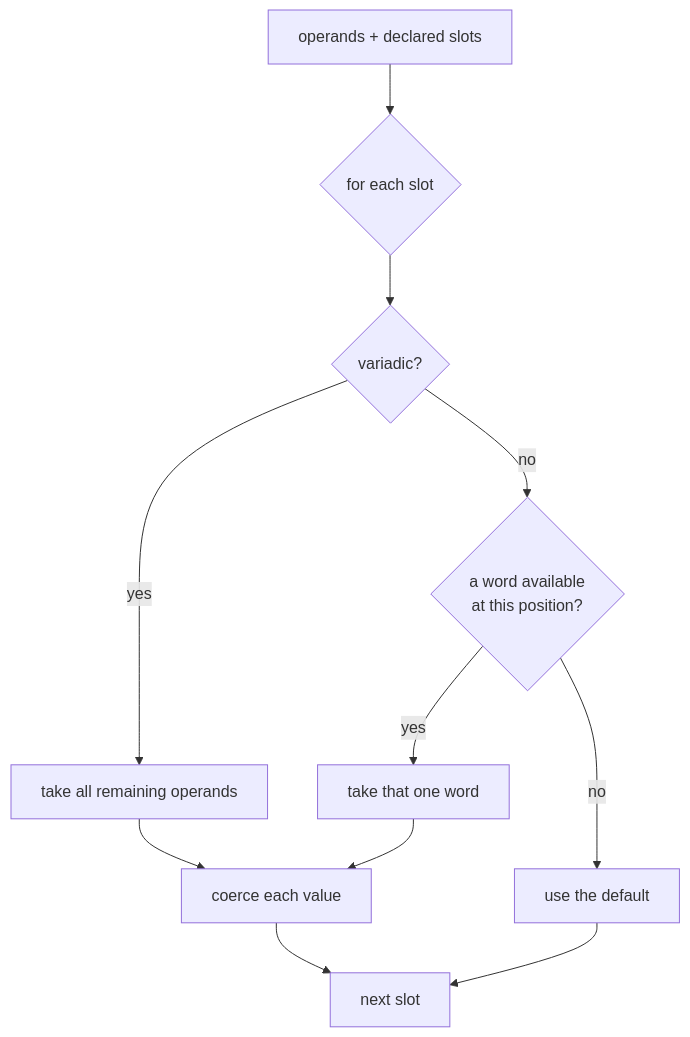
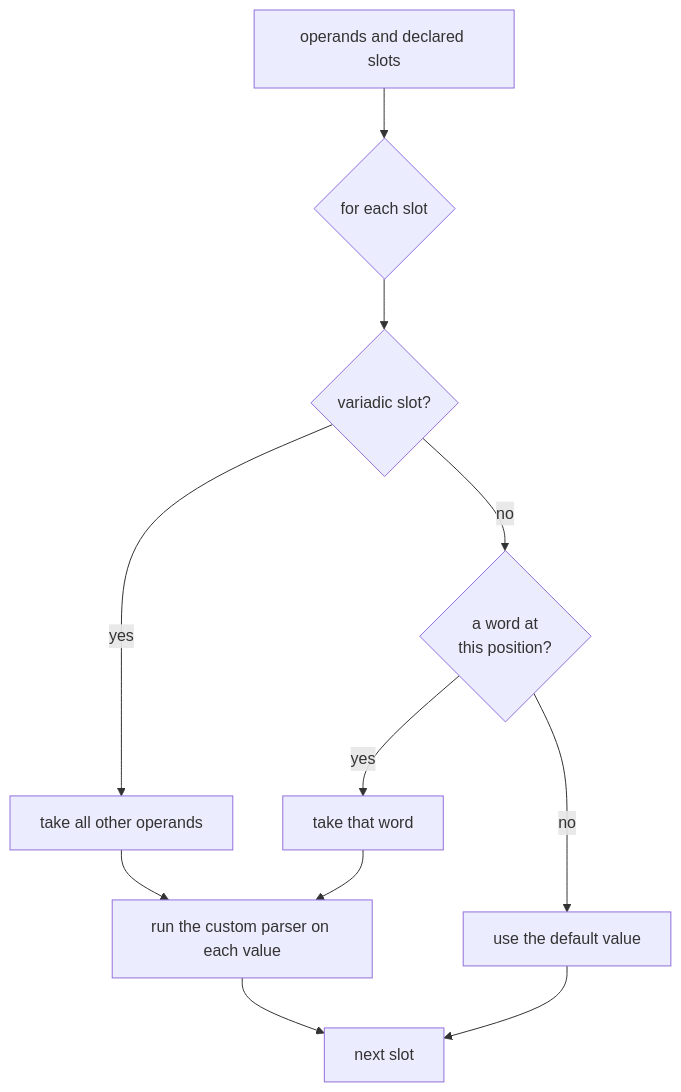
Before and after one commit to KeunwooPark/cluedoc: the third of 4 diagrams in docs/examples/commander/.cluedoc/positional-arguments/README.md, drawn with Mermaid. The commit also changed other lines of this file and 22 other files, not shown here.

````diff
--- a/docs/examples/commander/.cluedoc/positional-arguments/README.md
+++ b/docs/examples/commander/.cluedoc/positional-arguments/README.md
@@ -52,13 +58,13 @@
 ```mermaid
 flowchart TD
-    START["operands + declared slots"] --> LOOP{"for each slot"}
-    LOOP --> ISV{"variadic?"}
-    ISV -- yes --> REST["take all remaining operands"]
-    ISV -- no --> ONE{"a word available<br/>at this position?"}
-    ONE -- yes --> TAKE["take that one word"]
-    ONE -- no --> DEF["use the default"]
-    REST --> COERCE["coerce each value"]
-    TAKE --> COERCE
+    START["operands and declared slots"] --> LOOP{"for each slot"}
+    LOOP --> ISV{"variadic slot?"}
+    ISV -- yes --> REST["take all other operands"]
+    ISV -- no --> ONE{"a word at<br/>this position?"}
+    ONE -- yes --> TAKE["take that word"]
+    ONE -- no --> DEF["use the default value"]
+    REST --> PARSE["run the custom parser on each value"]
+    TAKE --> PARSE
     DEF --> NEXT["next slot"]
-    COERCE --> NEXT
+    PARSE --> NEXT
 ```
````
